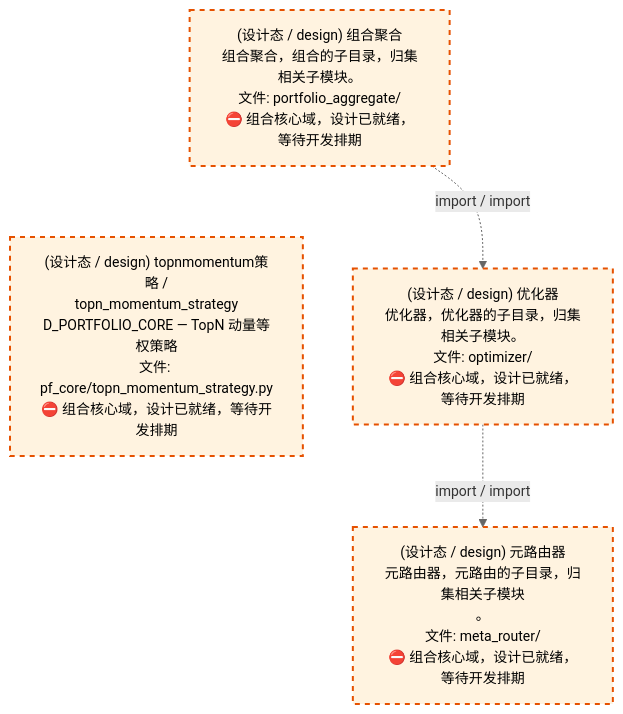
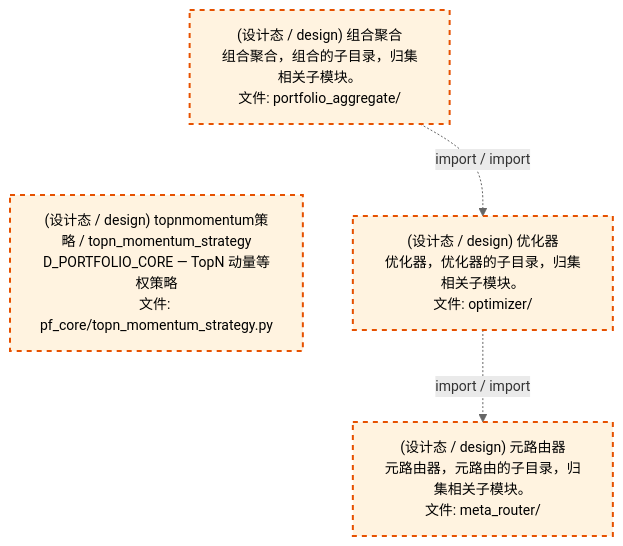
The third of 4 diagrams in docs/02_enterprise_architecture/02_domain_architecture_docs/63_d_pf_core.md (xuanFelixVan/ZephyrAlpha), drawn with Mermaid before and after one commit. The commit also changed other lines of this file and 71 other files, not shown here.

````diff
--- a/docs/02_enterprise_architecture/02_domain_architecture_docs/63_d_pf_core.md
+++ b/docs/02_enterprise_architecture/02_domain_architecture_docs/63_d_pf_core.md
@@ -176,16 +176,16 @@
 ```mermaid
 %%{init: {'theme': 'base', 'themeVariables': {'primaryColor': '#eaeaea', 'primaryTextColor': '#333333', 'primaryBorderColor': '#666666', 'lineColor': '#666666', 'secondaryColor': '#eaeaea', 'tertiaryColor': '#eaeaea', 'fontSize': '14px'}}}%%
 flowchart TD
-    src_zephyr_pf_core_portfolio_aggregate["(设计态 / design) 组合聚合<br/>组合聚合，组合的子目录，归集相关子模块。<br/>文件: portfolio_aggregate/<br/>⛔ 组合核心域，设计已就绪，等待开发排期"]
-    src_zephyr_pf_core_topn_momentum_strategy_py["(设计态 / design) topnmomentum策略 /<br/>topn_momentum_strategy<br/>D_PORTFOLIO_CORE — TopN 动量等权策略<br/>文件: pf_core/topn_momentum_strategy.py<br/>⛔ 组合核心域，设计已就绪，等待开发排期"]
+    src_zephyr_pf_core_portfolio_aggregate["(设计态 / design) 组合聚合<br/>组合聚合，组合的子目录，归集相关子模块。<br/>文件: portfolio_aggregate/"]
+    src_zephyr_pf_core_topn_momentum_strategy_py["(设计态 / design) topnmomentum策略 / topn_momentum_strategy<br/>D_PORTFOLIO_CORE — TopN 动量等权策略<br/>文件: pf_core/topn_momentum_strategy.py"]
     src_zephyr_pf_core_portfolio_aggregate ~~~ src_zephyr_pf_core_topn_momentum_strategy_py
-    src_zephyr_pf_core_optimizer["(设计态 / design) 优化器<br/>优化器，优化器的子目录，归集相关子模块。<br/>文件: optimizer/<br/>⛔ 组合核心域，设计已就绪，等待开发排期"]
-    src_zephyr_pf_core_meta_router["(设计态 / design) 元路由器<br/>元路由器，元路由的子目录，归集相关子模块<br/>。<br/>文件: meta_router/<br/>⛔ 组合核心域，设计已就绪，等待开发排期"]
+    src_zephyr_pf_core_optimizer["(设计态 / design) 优化器<br/>优化器，优化器的子目录，归集相关子模块。<br/>文件: optimizer/"]
+    src_zephyr_pf_core_meta_router["(设计态 / design) 元路由器<br/>元路由器，元路由的子目录，归集相关子模块。<br/>文件: meta_router/"]
     src_zephyr_pf_core_optimizer -.->|import / import| src_zephyr_pf_core_meta_router
     src_zephyr_pf_core_portfolio_aggregate -.->|import / import| src_zephyr_pf_core_optimizer
     classDef production fill:#e1f5fe,stroke:#01579b,stroke-width:2px,color:#000
     classDef design fill:#fff3e0,stroke:#e65100,stroke-width:2px,color:#000,stroke-dasharray: 5 5
     classDef external_prod fill:#e8f4fd,stroke:#0277bd,stroke-width:1px,color:#000
     classDef external_design fill:#fff8e7,stroke:#ef6c00,stroke-width:1px,color:#000,stroke-dasharray: 5 5
     class src_zephyr_pf_core_meta_router,src_zephyr_pf_core_optimizer,src_zephyr_pf_core_portfolio_aggregate,src_zephyr_pf_core_topn_momentum_strategy_py design
 ```
````
